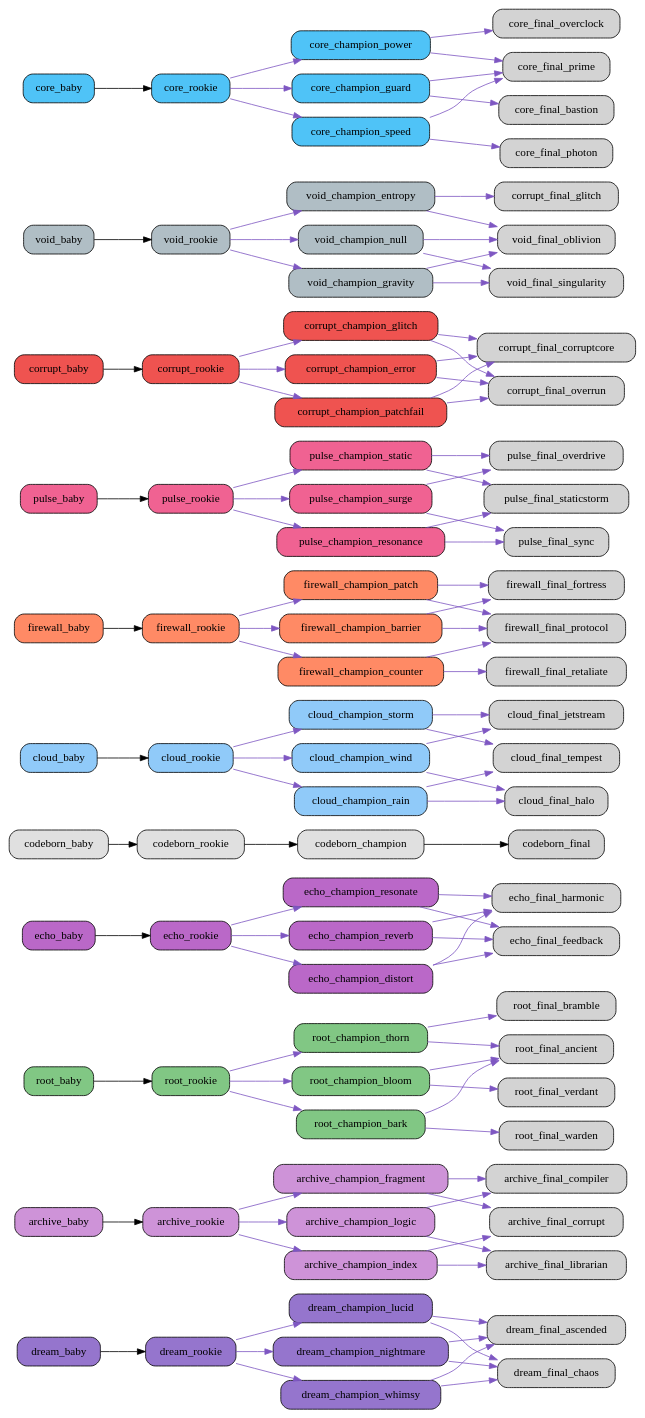
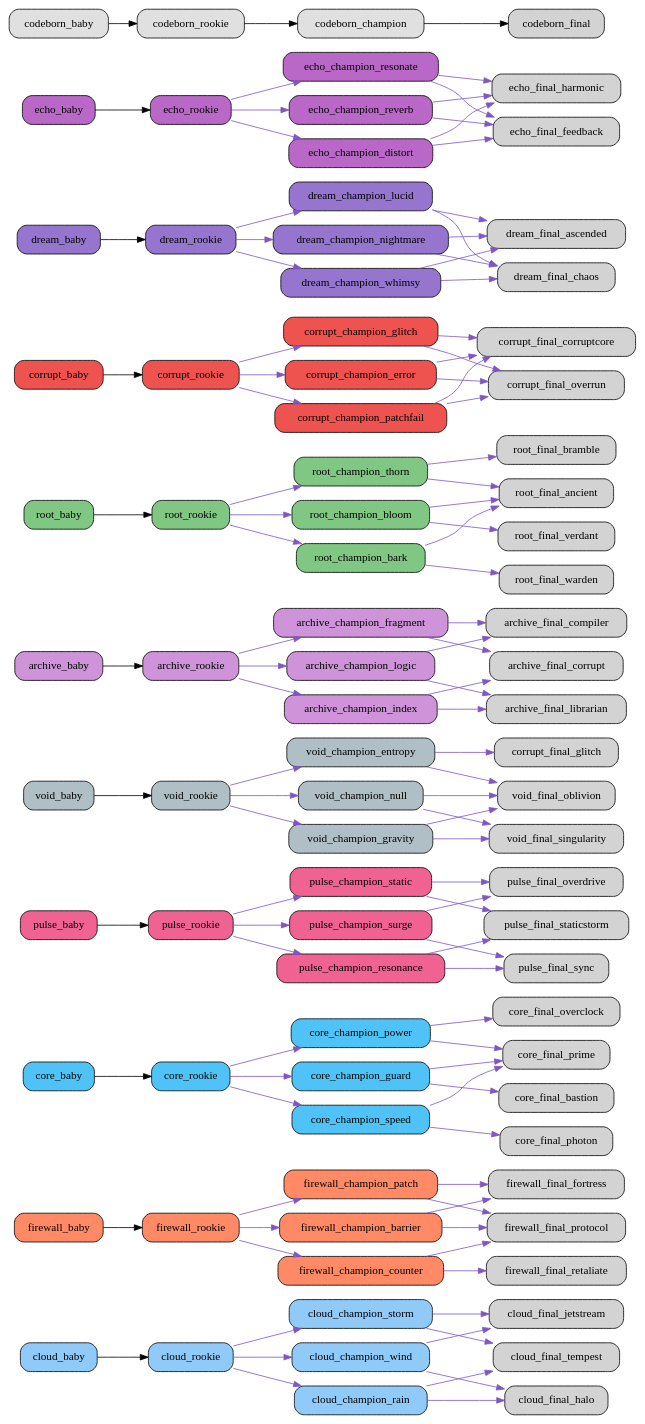
Before and after one commit to bwlight/NetGrid: the diagram in src/netgrid/systems/evolution/graphs/full/evolution_graph.dot, drawn with Graphviz. The commit also changed other lines of this file and 8 other files, not shown here.

Commit message:
Auto-update evolution graphs

```diff
--- a/src/netgrid/systems/evolution/graphs/full/evolution_graph.dot
+++ b/src/netgrid/systems/evolution/graphs/full/evolution_graph.dot
@@ -1,21 +1,81 @@
 digraph EvolutionTree {
   rankdir=LR;
   node [shape=box, style="rounded,filled"];
-  "dream_baby" [fillcolor="#9575cd"];
-  "dream_baby" -> "dream_rookie";
-  "dream_rookie" [fillcolor="#9575cd"];
-  "dream_rookie" -> "dream_champion_lucid" [color="#7e57c2"];
-  "dream_rookie" -> "dream_champion_nightmare" [color="#7e57c2"];
-  "dream_rookie" -> "dream_champion_whimsy" [color="#7e57c2"];
-  "dream_champion_lucid" [fillcolor="#9575cd"];
-  "dream_champion_lucid" -> "dream_final_ascended" [color="#7e57c2"];
-  "dream_champion_lucid" -> "dream_final_chaos" [color="#7e57c2"];
-  "dream_champion_nightmare" [fillcolor="#9575cd"];
-  "dream_champion_nightmare" -> "dream_final_chaos" [color="#7e57c2"];
-  "dream_champion_nightmare" -> "dream_final_ascended" [color="#7e57c2"];
-  "dream_champion_whimsy" [fillcolor="#9575cd"];
-  "dream_champion_whimsy" -> "dream_final_ascended" [color="#7e57c2"];
-  "dream_champion_whimsy" -> "dream_final_chaos" [color="#7e57c2"];
+  "cloud_baby" [fillcolor="#90caf9"];
+  "cloud_baby" -> "cloud_rookie";
+  "cloud_rookie" [fillcolor="#90caf9"];
+  "cloud_rookie" -> "cloud_champion_wind" [color="#7e57c2"];
+  "cloud_rookie" -> "cloud_champion_rain" [color="#7e57c2"];
+  "cloud_rookie" -> "cloud_champion_storm" [color="#7e57c2"];
+  "cloud_champion_wind" [fillcolor="#90caf9"];
+  "cloud_champion_wind" -> "cloud_final_jetstream" [color="#7e57c2"];
+  "cloud_champion_wind" -> "cloud_final_halo" [color="#7e57c2"];
+  "cloud_champion_rain" [fillcolor="#90caf9"];
+  "cloud_champion_rain" -> "cloud_final_halo" [color="#7e57c2"];
+  "cloud_champion_rain" -> "cloud_final_tempest" [color="#7e57c2"];
+  "cloud_champion_storm" [fillcolor="#90caf9"];
+  "cloud_champion_storm" -> "cloud_final_tempest" [color="#7e57c2"];
+  "cloud_champion_storm" -> "cloud_final_jetstream" [color="#7e57c2"];
+  "firewall_baby" [fillcolor="#ff8a65"];
+  "firewall_baby" -> "firewall_rookie";
+  "firewall_rookie" [fillcolor="#ff8a65"];
+  "firewall_rookie" -> "firewall_champion_barrier" [color="#7e57c2"];
+  "firewall_rookie" -> "firewall_champion_counter" [color="#7e57c2"];
+  "firewall_rookie" -> "firewall_champion_patch" [color="#7e57c2"];
+  "firewall_champion_barrier" [fillcolor="#ff8a65"];
+  "firewall_champion_barrier" -> "firewall_final_fortress" [color="#7e57c2"];
+  "firewall_champion_barrier" -> "firewall_final_protocol" [color="#7e57c2"];
+  "firewall_champion_counter" [fillcolor="#ff8a65"];
+  "firewall_champion_counter" -> "firewall_final_retaliate" [color="#7e57c2"];
+  "firewall_champion_counter" -> "firewall_final_protocol" [color="#7e57c2"];
+  "firewall_champion_patch" [fillcolor="#ff8a65"];
+  "firewall_champion_patch" -> "firewall_final_protocol" [color="#7e57c2"];
+  "firewall_champion_patch" -> "firewall_final_fortress" [color="#7e57c2"];
+  "core_baby" [fillcolor="#4fc3f7"];
+  "core_baby" -> "core_rookie";
+  "core_rookie" [fillcolor="#4fc3f7"];
+  "core_rookie" -> "core_champion_power" [color="#7e57c2"];
+  "core_rookie" -> "core_champion_guard" [color="#7e57c2"];
+  "core_rookie" -> "core_champion_speed" [color="#7e57c2"];
+  "core_champion_power" [fillcolor="#4fc3f7"];
+  "core_champion_power" -> "core_final_overclock" [color="#7e57c2"];
+  "core_champion_power" -> "core_final_prime" [color="#7e57c2"];
+  "core_champion_guard" [fillcolor="#4fc3f7"];
+  "core_champion_guard" -> "core_final_bastion" [color="#7e57c2"];
+  "core_champion_guard" -> "core_final_prime" [color="#7e57c2"];
+  "core_champion_speed" [fillcolor="#4fc3f7"];
+  "core_champion_speed" -> "core_final_photon" [color="#7e57c2"];
+  "core_champion_speed" -> "core_final_prime" [color="#7e57c2"];
+  "pulse_baby" [fillcolor="#f06292"];
+  "pulse_baby" -> "pulse_rookie";
+  "pulse_rookie" [fillcolor="#f06292"];
+  "pulse_rookie" -> "pulse_champion_surge" [color="#7e57c2"];
+  "pulse_rookie" -> "pulse_champion_resonance" [color="#7e57c2"];
+  "pulse_rookie" -> "pulse_champion_static" [color="#7e57c2"];
+  "pulse_champion_surge" [fillcolor="#f06292"];
+  "pulse_champion_surge" -> "pulse_final_overdrive" [color="#7e57c2"];
+  "pulse_champion_surge" -> "pulse_final_sync" [color="#7e57c2"];
+  "pulse_champion_resonance" [fillcolor="#f06292"];
+  "pulse_champion_resonance" -> "pulse_final_sync" [color="#7e57c2"];
+  "pulse_champion_resonance" -> "pulse_final_staticstorm" [color="#7e57c2"];
+  "pulse_champion_static" [fillcolor="#f06292"];
+  "pulse_champion_static" -> "pulse_final_staticstorm" [color="#7e57c2"];
+  "pulse_champion_static" -> "pulse_final_overdrive" [color="#7e57c2"];
+  "void_baby" [fillcolor="#b0bec5"];
+  "void_baby" -> "void_rookie";
+  "void_rookie" [fillcolor="#b0bec5"];
+  "void_rookie" -> "void_champion_entropy" [color="#7e57c2"];
+  "void_rookie" -> "void_champion_gravity" [color="#7e57c2"];
+  "void_rookie" -> "void_champion_null" [color="#7e57c2"];
+  "void_champion_entropy" [fillcolor="#b0bec5"];
+  "void_champion_entropy" -> "corrupt_final_glitch" [color="#7e57c2"];
+  "void_champion_entropy" -> "void_final_oblivion" [color="#7e57c2"];
+  "void_champion_gravity" [fillcolor="#b0bec5"];
+  "void_champion_gravity" -> "void_final_singularity" [color="#7e57c2"];
+  "void_champion_gravity" -> "void_final_oblivion" [color="#7e57c2"];
+  "void_champion_null" [fillcolor="#b0bec5"];
+  "void_champion_null" -> "void_final_oblivion" [color="#7e57c2"];
+  "void_champion_null" -> "void_final_singularity" [color="#7e57c2"];
   "archive_baby" [fillcolor="#ce93d8"];
   "archive_baby" -> "archive_rookie";
   "archive_rookie" [fillcolor="#ce93d8"];
@@ -46,6 +106,36 @@
   "root_champion_bark" [fillcolor="#81c784"];
   "root_champion_bark" -> "root_final_warden" [color="#7e57c2"];
   "root_champion_bark" -> "root_final_ancient" [color="#7e57c2"];
+  "corrupt_baby" [fillcolor="#ef5350"];
+  "corrupt_baby" -> "corrupt_rookie";
+  "corrupt_rookie" [fillcolor="#ef5350"];
+  "corrupt_rookie" -> "corrupt_champion_glitch" [color="#7e57c2"];
+  "corrupt_rookie" -> "corrupt_champion_error" [color="#7e57c2"];
+  "corrupt_rookie" -> "corrupt_champion_patchfail" [color="#7e57c2"];
+  "corrupt_champion_glitch" [fillcolor="#ef5350"];
+  "corrupt_champion_glitch" -> "corrupt_final_corruptcore" [color="#7e57c2"];
+  "corrupt_champion_glitch" -> "corrupt_final_overrun" [color="#7e57c2"];
+  "corrupt_champion_error" [fillcolor="#ef5350"];
+  "corrupt_champion_error" -> "corrupt_final_overrun" [color="#7e57c2"];
+  "corrupt_champion_error" -> "corrupt_final_corruptcore" [color="#7e57c2"];
+  "corrupt_champion_patchfail" [fillcolor="#ef5350"];
+  "corrupt_champion_patchfail" -> "corrupt_final_corruptcore" [color="#7e57c2"];
+  "corrupt_champion_patchfail" -> "corrupt_final_overrun" [color="#7e57c2"];
+  "dream_baby" [fillcolor="#9575cd"];
+  "dream_baby" -> "dream_rookie";
+  "dream_rookie" [fillcolor="#9575cd"];
+  "dream_rookie" -> "dream_champion_lucid" [color="#7e57c2"];
+  "dream_rookie" -> "dream_champion_nightmare" [color="#7e57c2"];
+  "dream_rookie" -> "dream_champion_whimsy" [color="#7e57c2"];
+  "dream_champion_lucid" [fillcolor="#9575cd"];
+  "dream_champion_lucid" -> "dream_final_ascended" [color="#7e57c2"];
+  "dream_champion_lucid" -> "dream_final_chaos" [color="#7e57c2"];
+  "dream_champion_nightmare" [fillcolor="#9575cd"];
+  "dream_champion_nightmare" -> "dream_final_chaos" [color="#7e57c2"];
+  "dream_champion_nightmare" -> "dream_final_ascended" [color="#7e57c2"];
+  "dream_champion_whimsy" [fillcolor="#9575cd"];
+  "dream_champion_whimsy" -> "dream_final_ascended" [color="#7e57c2"];
+  "dream_champion_whimsy" -> "dream_final_chaos" [color="#7e57c2"];
   "echo_baby" [fillcolor="#ba68c8"];
   "echo_baby" -> "echo_rookie";
   "echo_rookie" [fillcolor="#ba68c8"];
@@ -67,94 +157,4 @@
   "codeborn_rookie" -> "codeborn_champion";
   "codeborn_champion" [fillcolor="#e0e0e0"];
   "codeborn_champion" -> "codeborn_final";
-  "cloud_baby" [fillcolor="#90caf9"];
-  "cloud_baby" -> "cloud_rookie";
-  "cloud_rookie" [fillcolor="#90caf9"];
-  "cloud_rookie" -> "cloud_champion_wind" [color="#7e57c2"];
-  "cloud_rookie" -> "cloud_champion_rain" [color="#7e57c2"];
-  "cloud_rookie" -> "cloud_champion_storm" [color="#7e57c2"];
-  "cloud_champion_wind" [fillcolor="#90caf9"];
-  "cloud_champion_wind" -> "cloud_final_jetstream" [color="#7e57c2"];
-  "cloud_champion_wind" -> "cloud_final_halo" [color="#7e57c2"];
-  "cloud_champion_rain" [fillcolor="#90caf9"];
-  "cloud_champion_rain" -> "cloud_final_halo" [color="#7e57c2"];
-  "cloud_champion_rain" -> "cloud_final_tempest" [color="#7e57c2"];
-  "cloud_champion_storm" [fillcolor="#90caf9"];
-  "cloud_champion_storm" -> "cloud_final_tempest" [color="#7e57c2"];
-  "cloud_champion_storm" -> "cloud_final_jetstream" [color="#7e57c2"];
-  "firewall_baby" [fillcolor="#ff8a65"];
-  "firewall_baby" -> "firewall_rookie";
-  "firewall_rookie" [fillcolor="#ff8a65"];
-  "firewall_rookie" -> "firewall_champion_barrier" [color="#7e57c2"];
-  "firewall_rookie" -> "firewall_champion_counter" [color="#7e57c2"];
-  "firewall_rookie" -> "firewall_champion_patch" [color="#7e57c2"];
-  "firewall_champion_barrier" [fillcolor="#ff8a65"];
-  "firewall_champion_barrier" -> "firewall_final_fortress" [color="#7e57c2"];
-  "firewall_champion_barrier" -> "firewall_final_protocol" [color="#7e57c2"];
-  "firewall_champion_counter" [fillcolor="#ff8a65"];
-  "firewall_champion_counter" -> "firewall_final_retaliate" [color="#7e57c2"];
-  "firewall_champion_counter" -> "firewall_final_protocol" [color="#7e57c2"];
-  "firewall_champion_patch" [fillcolor="#ff8a65"];
-  "firewall_champion_patch" -> "firewall_final_protocol" [color="#7e57c2"];
-  "firewall_champion_patch" -> "firewall_final_fortress" [color="#7e57c2"];
-  "pulse_baby" [fillcolor="#f06292"];
-  "pulse_baby" -> "pulse_rookie";
-  "pulse_rookie" [fillcolor="#f06292"];
-  "pulse_rookie" -> "pulse_champion_surge" [color="#7e57c2"];
-  "pulse_rookie" -> "pulse_champion_resonance" [color="#7e57c2"];
-  "pulse_rookie" -> "pulse_champion_static" [color="#7e57c2"];
-  "pulse_champion_surge" [fillcolor="#f06292"];
-  "pulse_champion_surge" -> "pulse_final_overdrive" [color="#7e57c2"];
-  "pulse_champion_surge" -> "pulse_final_sync" [color="#7e57c2"];
-  "pulse_champion_resonance" [fillcolor="#f06292"];
-  "pulse_champion_resonance" -> "pulse_final_sync" [color="#7e57c2"];
-  "pulse_champion_resonance" -> "pulse_final_staticstorm" [color="#7e57c2"];
-  "pulse_champion_static" [fillcolor="#f06292"];
-  "pulse_champion_static" -> "pulse_final_staticstorm" [color="#7e57c2"];
-  "pulse_champion_static" -> "pulse_final_overdrive" [color="#7e57c2"];
-  "corrupt_baby" [fillcolor="#ef5350"];
-  "corrupt_baby" -> "corrupt_rookie";
-  "corrupt_rookie" [fillcolor="#ef5350"];
-  "corrupt_rookie" -> "corrupt_champion_glitch" [color="#7e57c2"];
-  "corrupt_rookie" -> "corrupt_champion_error" [color="#7e57c2"];
-  "corrupt_rookie" -> "corrupt_champion_patchfail" [color="#7e57c2"];
-  "corrupt_champion_glitch" [fillcolor="#ef5350"];
-  "corrupt_champion_glitch" -> "corrupt_final_corruptcore" [color="#7e57c2"];
-  "corrupt_champion_glitch" -> "corrupt_final_overrun" [color="#7e57c2"];
-  "corrupt_champion_error" [fillcolor="#ef5350"];
-  "corrupt_champion_error" -> "corrupt_final_overrun" [color="#7e57c2"];
-  "corrupt_champion_error" -> "corrupt_final_corruptcore" [color="#7e57c2"];
-  "corrupt_champion_patchfail" [fillcolor="#ef5350"];
-  "corrupt_champion_patchfail" -> "corrupt_final_corruptcore" [color="#7e57c2"];
-  "corrupt_champion_patchfail" -> "corrupt_final_overrun" [color="#7e57c2"];
-  "void_baby" [fillcolor="#b0bec5"];
-  "void_baby" -> "void_rookie";
-  "void_rookie" [fillcolor="#b0bec5"];
-  "void_rookie" -> "void_champion_entropy" [color="#7e57c2"];
-  "void_rookie" -> "void_champion_gravity" [color="#7e57c2"];
-  "void_rookie" -> "void_champion_null" [color="#7e57c2"];
-  "void_champion_entropy" [fillcolor="#b0bec5"];
-  "void_champion_entropy" -> "corrupt_final_glitch" [color="#7e57c2"];
-  "void_champion_entropy" -> "void_final_oblivion" [color="#7e57c2"];
-  "void_champion_gravity" [fillcolor="#b0bec5"];
-  "void_champion_gravity" -> "void_final_singularity" [color="#7e57c2"];
-  "void_champion_gravity" -> "void_final_oblivion" [color="#7e57c2"];
-  "void_champion_null" [fillcolor="#b0bec5"];
-  "void_champion_null" -> "void_final_oblivion" [color="#7e57c2"];
-  "void_champion_null" -> "void_final_singularity" [color="#7e57c2"];
-  "core_baby" [fillcolor="#4fc3f7"];
-  "core_baby" -> "core_rookie";
-  "core_rookie" [fillcolor="#4fc3f7"];
-  "core_rookie" -> "core_champion_power" [color="#7e57c2"];
-  "core_rookie" -> "core_champion_guard" [color="#7e57c2"];
-  "core_rookie" -> "core_champion_speed" [color="#7e57c2"];
-  "core_champion_power" [fillcolor="#4fc3f7"];
-  "core_champion_power" -> "core_final_overclock" [color="#7e57c2"];
-  "core_champion_power" -> "core_final_prime" [color="#7e57c2"];
-  "core_champion_guard" [fillcolor="#4fc3f7"];
-  "core_champion_guard" -> "core_final_bastion" [color="#7e57c2"];
-  "core_champion_guard" -> "core_final_prime" [color="#7e57c2"];
-  "core_champion_speed" [fillcolor="#4fc3f7"];
-  "core_champion_speed" -> "core_final_photon" [color="#7e57c2"];
-  "core_champion_speed" -> "core_final_prime" [color="#7e57c2"];
 }
```
